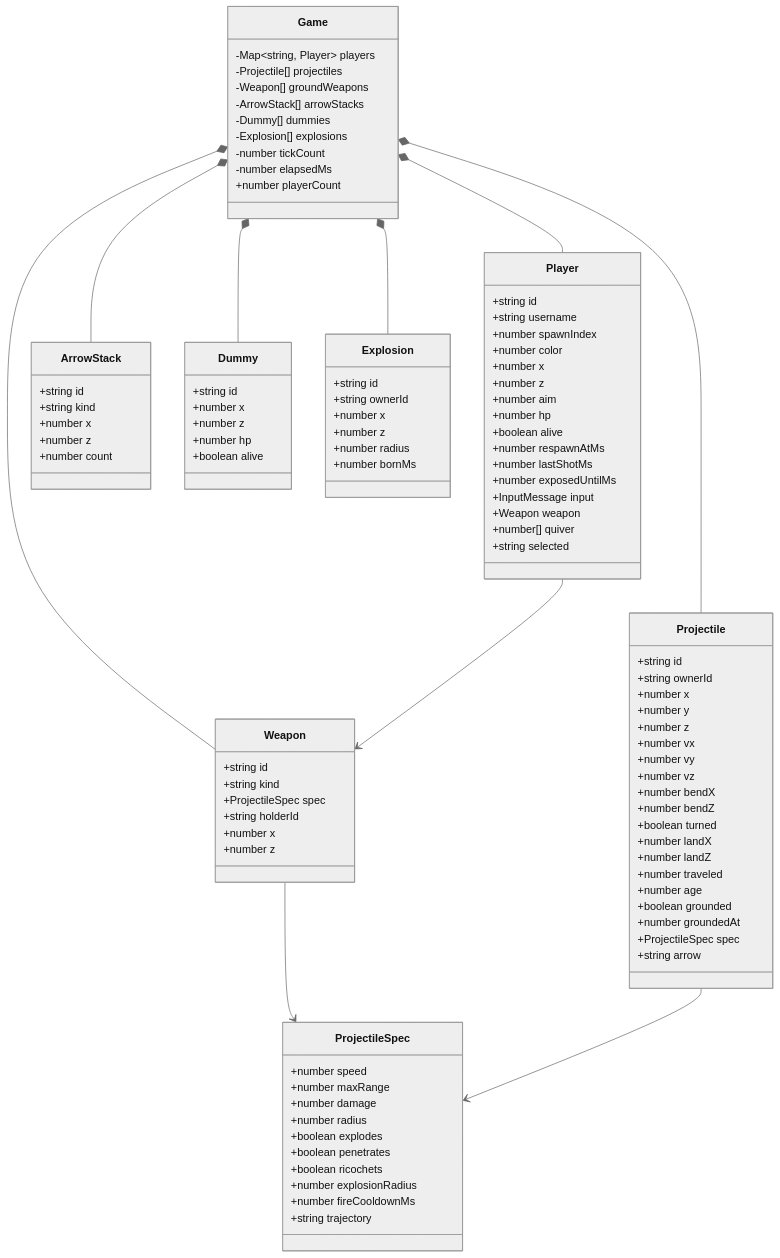
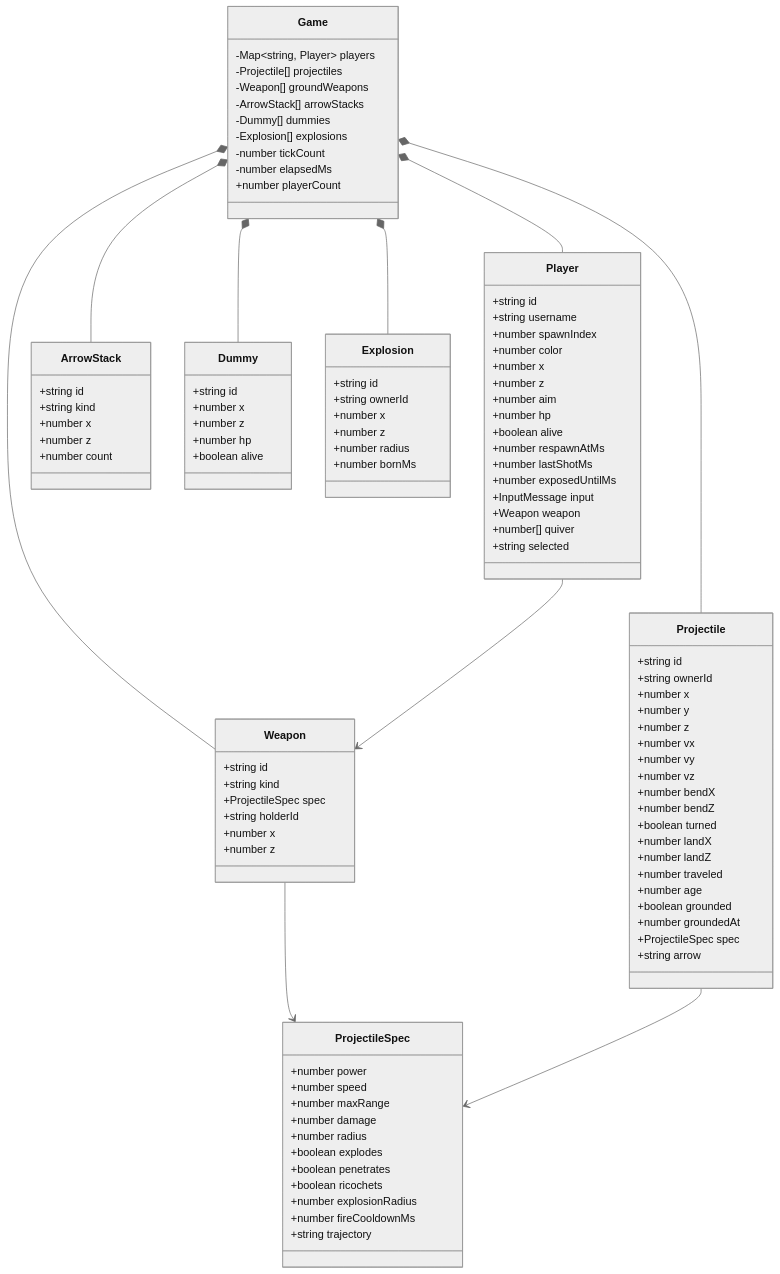
One commit to gabe-crafting/bowcraft changed the second of 4 diagrams in docs/class-map.md. Above: the diagram before and after it, drawn with Mermaid (neutral theme). The commit also changed other lines of this file and 21 other files, not shown here.

```diff
--- a/docs/class-map.md
+++ b/docs/class-map.md
@@ -137,6 +137,7 @@
     +number bornMs
   }
   class ProjectileSpec {
+    +number power
     +number speed
     +number maxRange
     +number damage
```
